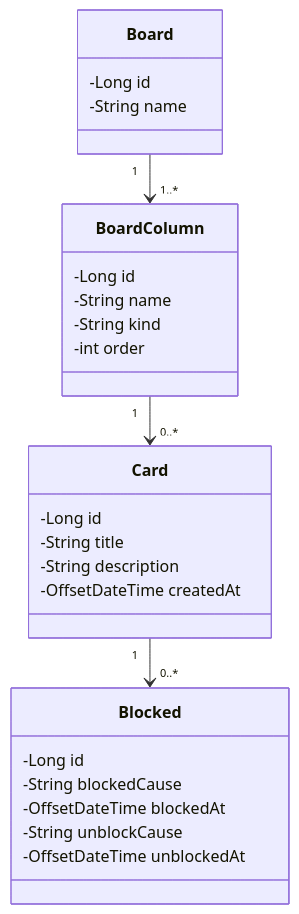
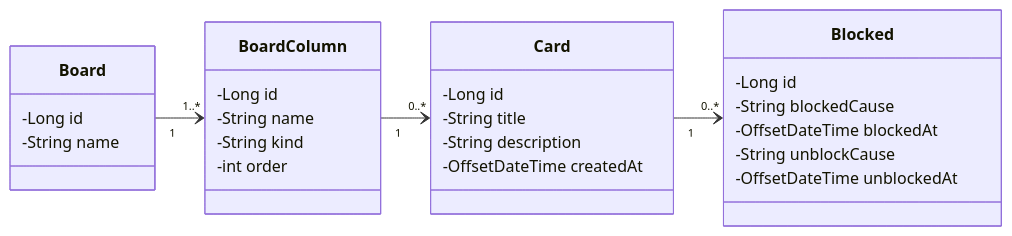
One commit to GuiFerreira11/desafio-dio-board-tarefas changed the diagram in README.md. Above: the diagram before and after it, drawn with Mermaid.

````diff
--- a/README.md
+++ b/README.md
@@ -6,30 +6,31 @@
 ```mermaid
 classDiagram
+direction LR
     class Board {
 	    -Long id
 	    -String name
     }
     class BoardColumn {
 	    -Long id
 	    -String name
 	    -String kind
 	    -int order
     }
     class Card {
 	    -Long id
 	    -String title
 	    -String description
 	    -OffsetDateTime createdAt
     }
     class Blocked {
 	    -Long id
 	    -String blockedCause
 	    -OffsetDateTime blockedAt
 	    -String unblockCause
 	    -OffsetDateTime unblockedAt
     }
     Board "1" --> "1..*" BoardColumn
     BoardColumn "1" --> "0..*" Card
     Card "1" --> "0..*" Blocked
 
 ```
````
